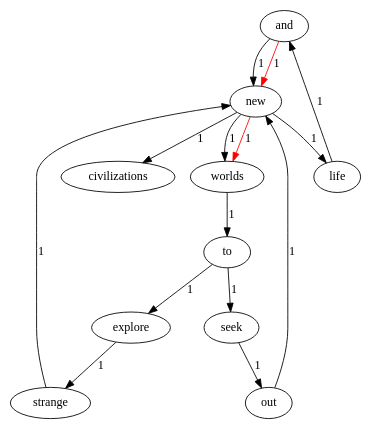
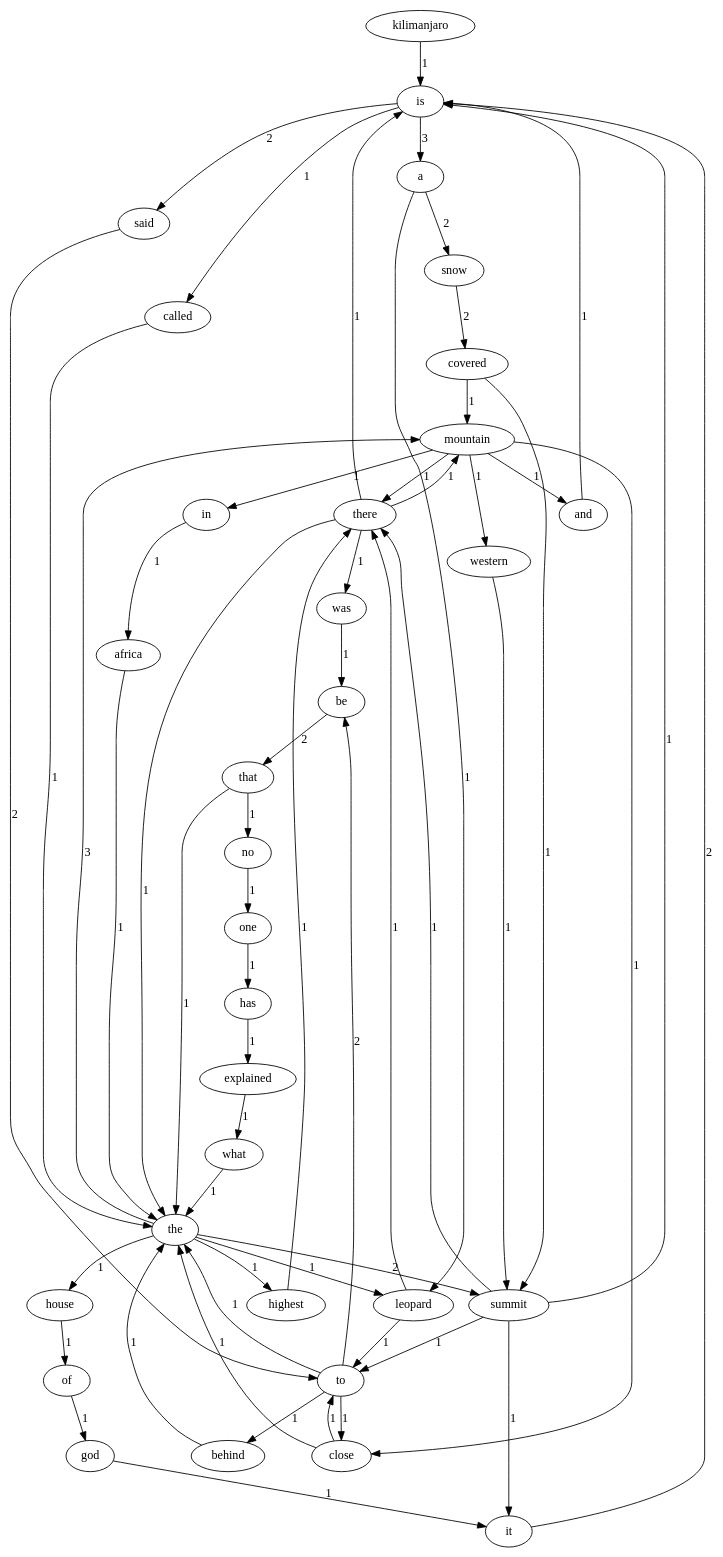
One commit to Luodian/VisualizeUrText changed the diagram in out/production/VisualizeUrText/sample/a.dot. Above: the diagram before and after it, drawn with Graphviz. The commit also changed 243 other files, not shown here.

```diff
--- a/out/production/VisualizeUrText/sample/a.dot
+++ b/out/production/VisualizeUrText/sample/a.dot
@@ -1,16 +1,58 @@
 digraph {
-and->new[label = 1 ][color = RED ]
-new->worlds[label = 1 ][color = RED ]
-to->explore[label = 1 ][ color = BLACK ]
-to->seek[label = 1 ][ color = BLACK ]
-explore->strange[label = 1 ][ color = BLACK ]
-strange->new[label = 1 ][ color = BLACK ]
-new->worlds[label = 1 ][ color = BLACK ]
-new->life[label = 1 ][ color = BLACK ]
-new->civilizations[label = 1 ][ color = BLACK ]
-worlds->to[label = 1 ][ color = BLACK ]
-seek->out[label = 1 ][ color = BLACK ]
-out->new[label = 1 ][ color = BLACK ]
-life->and[label = 1 ][ color = BLACK ]
-and->new[label = 1 ][ color = BLACK ]
+kilimanjaro->is[label = 1 ][ color = BLACK ]
+is->a[label = 3 ][ color = BLACK ]
+is->said[label = 2 ][ color = BLACK ]
+is->called[label = 1 ][ color = BLACK ]
+a->snow[label = 2 ][ color = BLACK ]
+a->leopard[label = 1 ][ color = BLACK ]
+snow->covered[label = 2 ][ color = BLACK ]
+covered->mountain[label = 1 ][ color = BLACK ]
+covered->summit[label = 1 ][ color = BLACK ]
+mountain->and[label = 1 ][ color = BLACK ]
+mountain->there[label = 1 ][ color = BLACK ]
+mountain->in[label = 1 ][ color = BLACK ]
+mountain->western[label = 1 ][ color = BLACK ]
+mountain->close[label = 1 ][ color = BLACK ]
+and->is[label = 1 ][ color = BLACK ]
+said->to[label = 2 ][ color = BLACK ]
+to->be[label = 2 ][ color = BLACK ]
+to->the[label = 1 ][ color = BLACK ]
+to->close[label = 1 ][ color = BLACK ]
+to->behind[label = 1 ][ color = BLACK ]
+be->that[label = 2 ][ color = BLACK ]
+that->the[label = 1 ][ color = BLACK ]
+that->no[label = 1 ][ color = BLACK ]
+the->mountain[label = 3 ][ color = BLACK ]
+the->highest[label = 1 ][ color = BLACK ]
+the->summit[label = 2 ][ color = BLACK ]
+the->house[label = 1 ][ color = BLACK ]
+the->leopard[label = 1 ][ color = BLACK ]
+highest->there[label = 1 ][ color = BLACK ]
+there->is[label = 1 ][ color = BLACK ]
+there->mountain[label = 1 ][ color = BLACK ]
+there->the[label = 1 ][ color = BLACK ]
+there->was[label = 1 ][ color = BLACK ]
+in->africa[label = 1 ][ color = BLACK ]
+africa->the[label = 1 ][ color = BLACK ]
+western->summit[label = 1 ][ color = BLACK ]
+summit->is[label = 1 ][ color = BLACK ]
+summit->to[label = 1 ][ color = BLACK ]
+summit->there[label = 1 ][ color = BLACK ]
+summit->it[label = 1 ][ color = BLACK ]
+called->the[label = 1 ][ color = BLACK ]
+house->of[label = 1 ][ color = BLACK ]
+of->god[label = 1 ][ color = BLACK ]
+god->it[label = 1 ][ color = BLACK ]
+it->is[label = 2 ][ color = BLACK ]
+close->to[label = 1 ][ color = BLACK ]
+close->the[label = 1 ][ color = BLACK ]
+leopard->to[label = 1 ][ color = BLACK ]
+leopard->there[label = 1 ][ color = BLACK ]
+behind->the[label = 1 ][ color = BLACK ]
+no->one[label = 1 ][ color = BLACK ]
+one->has[label = 1 ][ color = BLACK ]
+has->explained[label = 1 ][ color = BLACK ]
+explained->what[label = 1 ][ color = BLACK ]
+what->the[label = 1 ][ color = BLACK ]
+was->be[label = 1 ][ color = BLACK ]
 }
```
